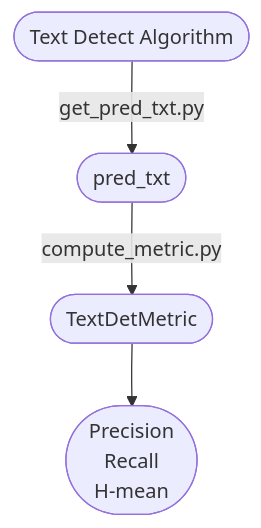
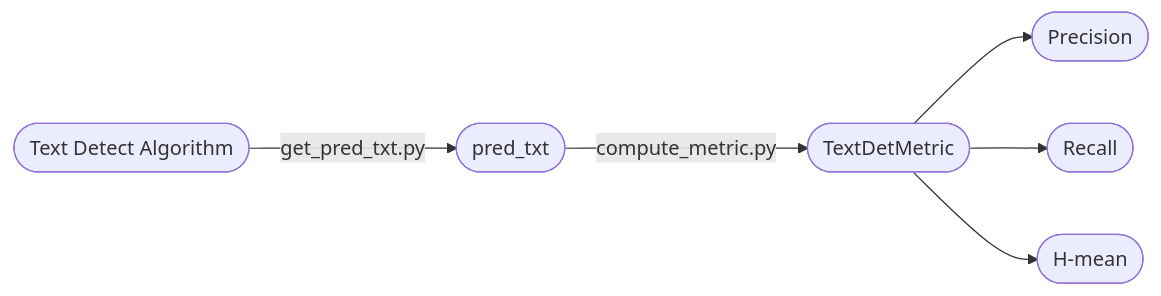
The diagram in README.md (SWHL/TextDetMetric), drawn with Mermaid before and after one commit. The commit also changed 1 other file, not shown here.

Commit message:
Update framwork

````diff
--- a/README.md
+++ b/README.md
@@ -17,8 +17,8 @@
 ```mermaid
-flowchart TD
+flowchart LR
 
 A([Text Detect Algorithm]) --get_pred_txt.py--> B([pred_txt])
-B --compute_metric.py--> C([TextDetMetric]) --> Metric(["Precision
-Recall
-H-mean"])
+B --compute_metric.py--> C([TextDetMetric]) --> D([Precision])
+C --> E([Recall])
+C --> F([H-mean])
 ```
````
